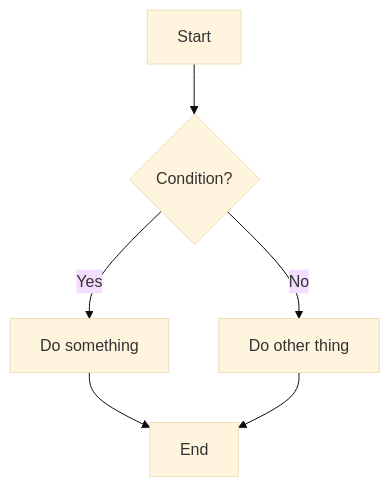
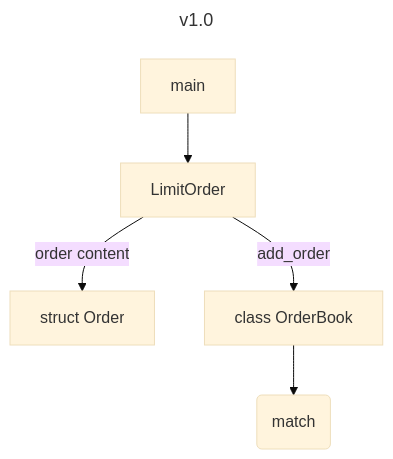
Before and after one commit to leisurecodog/MatchingEngine: the diagram in README.md, drawn with Mermaid (base theme).

Commit message:
update v1.0 chart

````diff
--- a/README.md
+++ b/README.md
@@ -3,8 +3,10 @@
 ```mermaid
+---
+title: v1.0
+---
 flowchart TD
-  A[Start] --> B{Condition?}
-  B -- Yes --> C[Do something]
-  B -- No --> D[Do other thing]
-  C --> E[End]
-  D --> E
+  main--> A[LimitOrder]
+  A -->|order content| struct_Order[struct Order]
+  A -->|add_order| B[class OrderBook]
+  B --> C(match)
 ```
````
